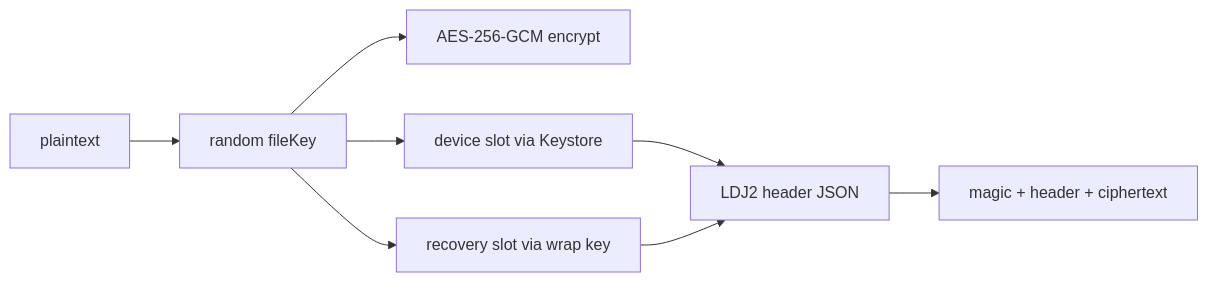
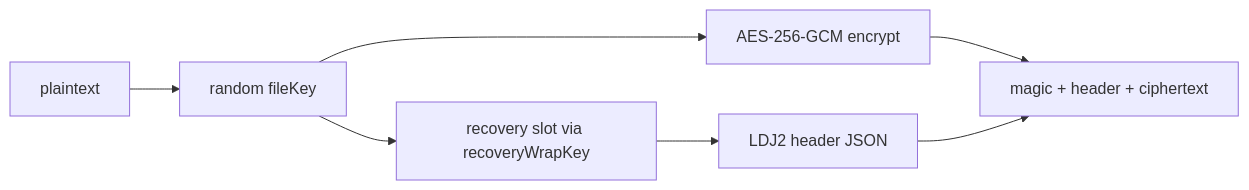
Before and after one commit to zack20136/quill-diary: the second of 2 diagrams in docs/加密格式.md, drawn with Mermaid. The commit also changed other lines of this file and 4 other files, not shown here.

````diff
--- a/docs/加密格式.md
+++ b/docs/加密格式.md
@@ -40,10 +64,9 @@
 ```mermaid
 flowchart LR
     plain[plaintext] --> fileKey[random fileKey]
     fileKey --> aes[AES-256-GCM encrypt]
-    fileKey --> devSlot[device slot via Keystore]
-    fileKey --> recSlot[recovery slot via wrap key]
-    devSlot --> header[LDJ2 header JSON]
-    recSlot --> header
-    header --> file["magic + header + ciphertext"]
+    fileKey --> recSlot[recovery slot via recoveryWrapKey]
+    recSlot --> header[LDJ2 header JSON]
+    aes --> file["magic + header + ciphertext"]
+    header --> file
 ```
````
